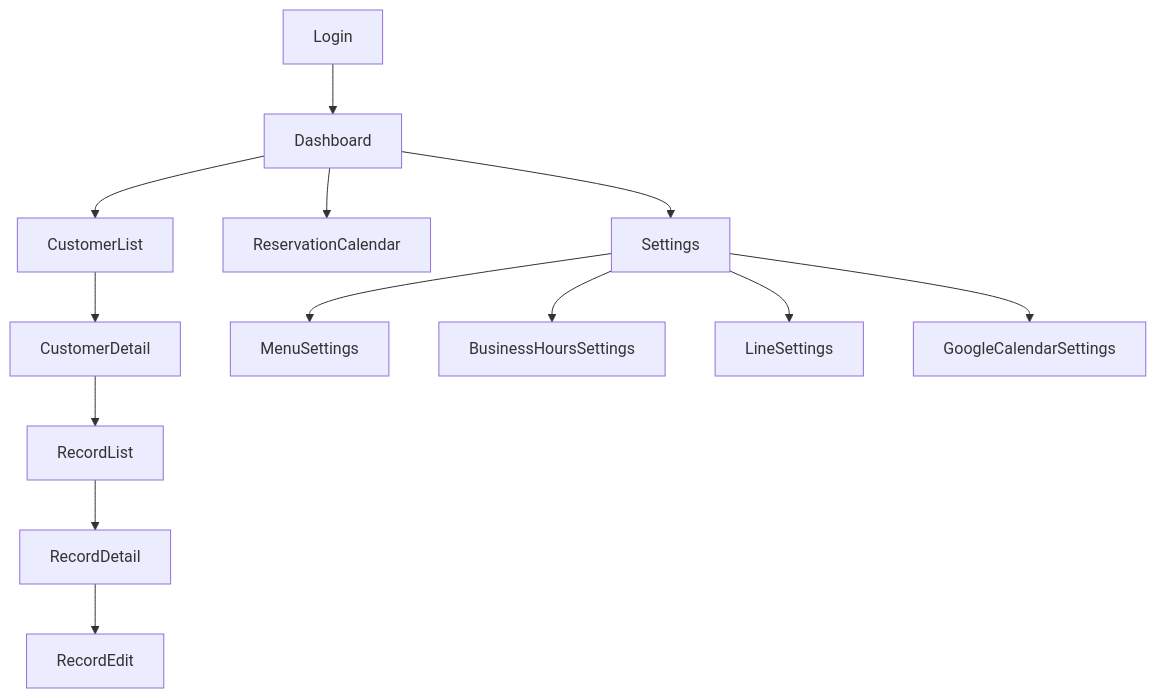
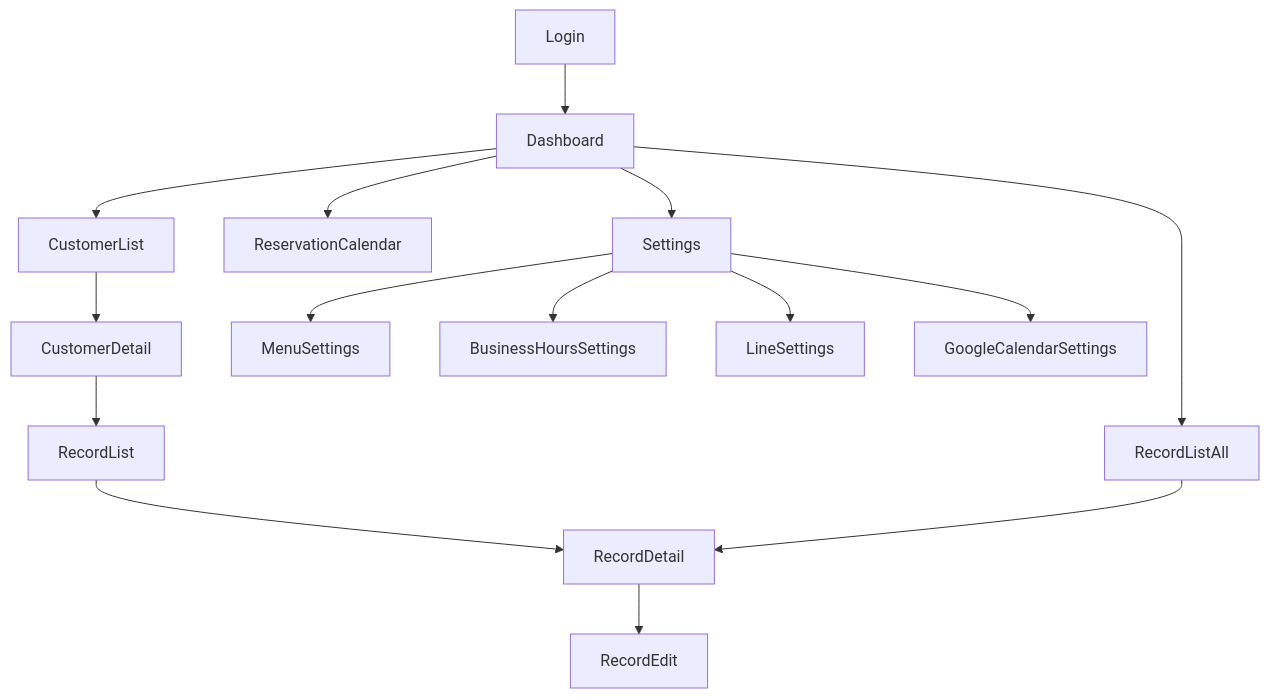
One commit to realizeworks0701-ux/realize-beauty changed the diagram in docs/ui/navigation.md. Above: the diagram before and after it, drawn with Mermaid. The commit also changed other lines of this file and 13 other files, not shown here.

````diff
--- a/docs/ui/navigation.md
+++ b/docs/ui/navigation.md
@@ -3,27 +3,31 @@
 ```mermaid
 flowchart TD
 
 Login --> Dashboard
 
 Dashboard --> CustomerList
 
 CustomerList --> CustomerDetail
 
 CustomerDetail --> RecordList
 
 RecordList --> RecordDetail
 
 RecordDetail --> RecordEdit
 
+Dashboard --> RecordListAll
+
+RecordListAll --> RecordDetail
+
 Dashboard --> ReservationCalendar
 
 Dashboard --> Settings
 
 Settings --> MenuSettings
 
 Settings --> BusinessHoursSettings
 
 Settings --> LineSettings
 
 Settings --> GoogleCalendarSettings
 ```
````
